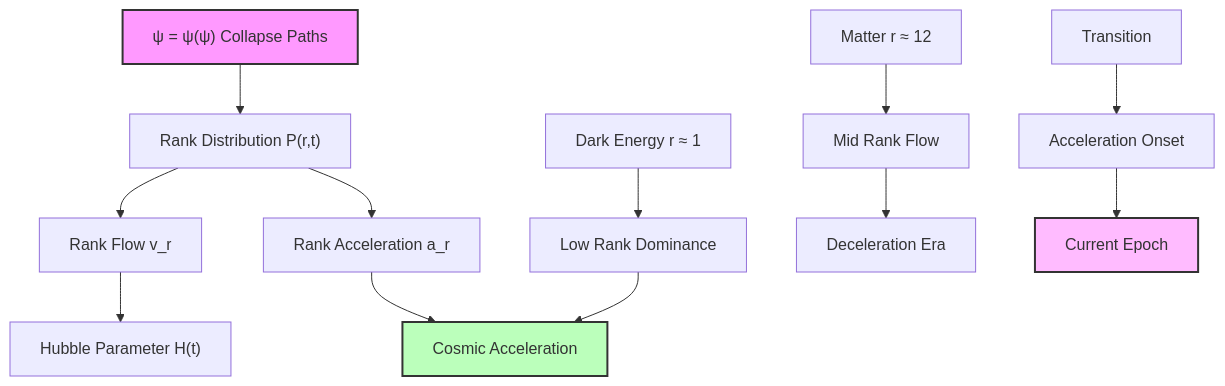
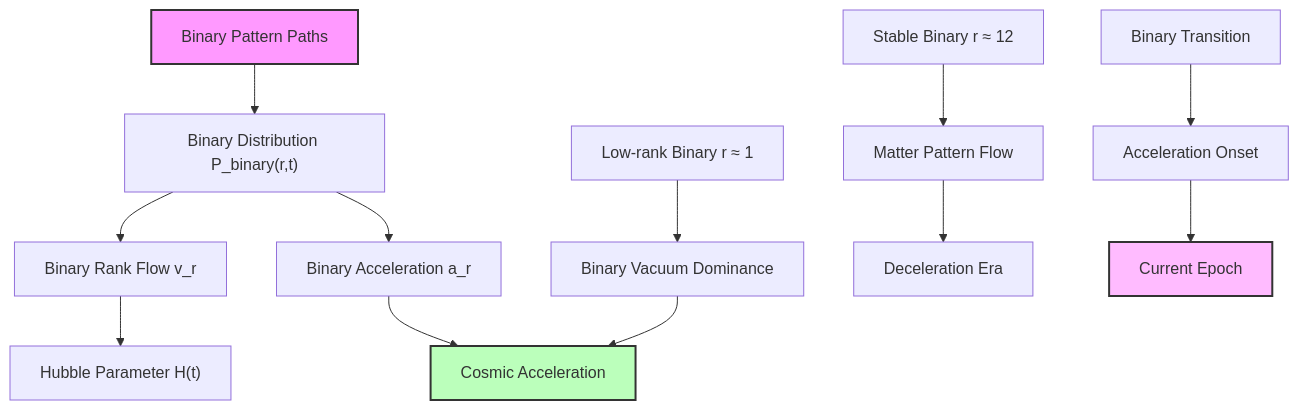
Before and after one commit to loning/the-phys: the first of 2 diagrams in docs/psi-constants/part-04-collapse-cosmology/chapter-057-collapse-paths-cosmic-expansion-dynamics.md, drawn with Mermaid. The commit also changed other lines of this file and 3 other files, not shown here.

````diff
--- a/docs/psi-constants/part-04-collapse-cosmology/chapter-057-collapse-paths-cosmic-expansion-dynamics.md
+++ b/docs/psi-constants/part-04-collapse-cosmology/chapter-057-collapse-paths-cosmic-expansion-dynamics.md
@@ -114,22 +129,22 @@
 ```mermaid
 graph TD
-    A["ψ = ψ(ψ) Collapse Paths"] --> B["Rank Distribution P(r,t)"]
-    B --> C["Rank Flow v_r"]
+    A["Binary Pattern Paths"] --> B["Binary Distribution P_binary(r,t)"]
+    B --> C["Binary Rank Flow v_r"]
     C --> D["Hubble Parameter H(t)"]
     
-    B --> E["Rank Acceleration a_r"]
+    B --> E["Binary Acceleration a_r"]
     E --> F["Cosmic Acceleration"]
     
-    G["Dark Energy r ≈ 1"] --> H["Low Rank Dominance"]
+    G["Low-rank Binary r ≈ 1"] --> H["Binary Vacuum Dominance"]
     H --> F
     
-    I["Matter r ≈ 12"] --> J["Mid Rank Flow"]
+    I["Stable Binary r ≈ 12"] --> J["Matter Pattern Flow"]
     J --> K["Deceleration Era"]
     
-    L["Transition"] --> M["Acceleration Onset"]
+    L["Binary Transition"] --> M["Acceleration Onset"]
     M --> N["Current Epoch"]
     
     style A fill:#f9f,stroke:#333,stroke-width:2px
     style F fill:#bfb,stroke:#333,stroke-width:2px
     style N fill:#fbf,stroke:#333,stroke-width:2px
 ```
````
